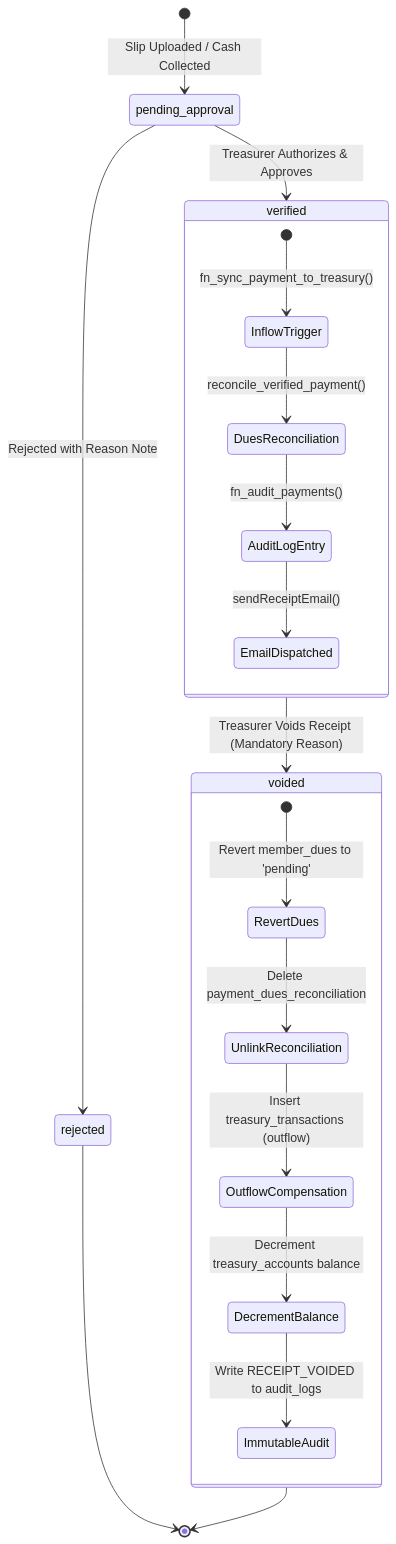
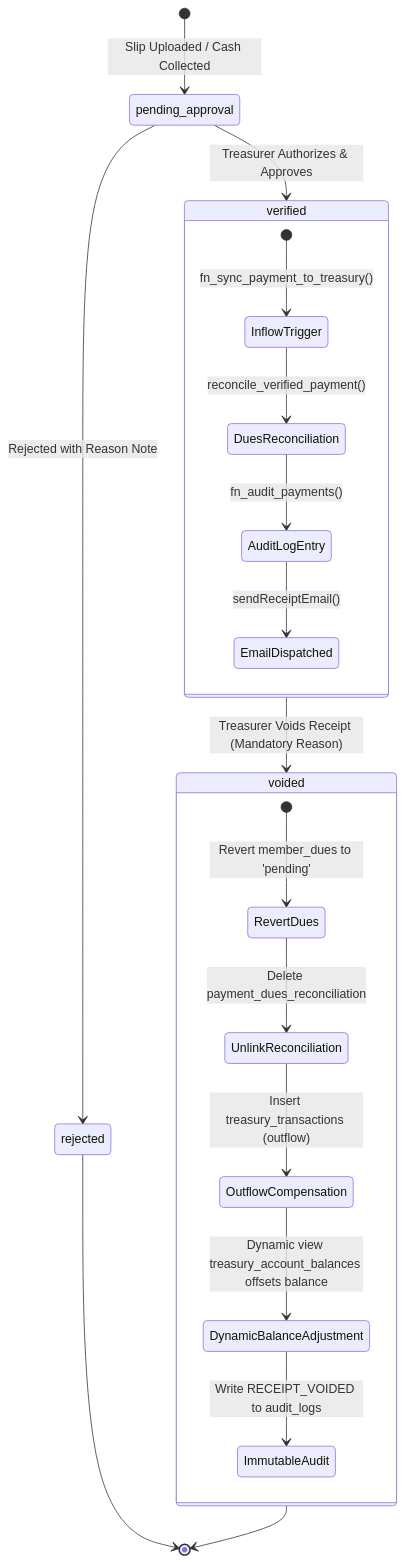
The second of 3 diagrams in docs/designs/targeted_design_enhancement_and_bug_remediation.md (kiyamaninfo-alt/MRIA-Management-Welfare-Society), drawn with Mermaid before and after one commit. The commit also changed other lines of this file and 22 other files, not shown here.

````diff
--- a/docs/designs/targeted_design_enhancement_and_bug_remediation.md
+++ b/docs/designs/targeted_design_enhancement_and_bug_remediation.md
@@ -188,26 +188,26 @@
 ```mermaid
 stateDiagram-v2
     [*] --> pending_approval: Slip Uploaded / Cash Collected
     pending_approval --> verified: Treasurer Authorizes & Approves
     pending_approval --> rejected: Rejected with Reason Note
     
     state verified {
         [*] --> InflowTrigger: fn_sync_payment_to_treasury()
         InflowTrigger --> DuesReconciliation: reconcile_verified_payment()
         DuesReconciliation --> AuditLogEntry: fn_audit_payments()
         AuditLogEntry --> EmailDispatched: sendReceiptEmail()
     }
 
     verified --> voided: Treasurer Voids Receipt (Mandatory Reason)
     
     state voided {
         [*] --> RevertDues: Revert member_dues to 'pending'
         RevertDues --> UnlinkReconciliation: Delete payment_dues_reconciliation
         UnlinkReconciliation --> OutflowCompensation: Insert treasury_transactions (outflow)
-        OutflowCompensation --> DecrementBalance: Decrement treasury_accounts balance
-        DecrementBalance --> ImmutableAudit: Write RECEIPT_VOIDED to audit_logs
+        OutflowCompensation --> DynamicBalanceAdjustment: Dynamic view treasury_account_balances offsets balance
+        DynamicBalanceAdjustment --> ImmutableAudit: Write RECEIPT_VOIDED to audit_logs
     }
 
     rejected --> [*]
     voided --> [*]
 ```
````
